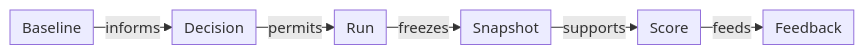
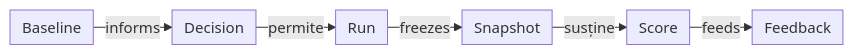
Before and after one commit to crististefanita/atf_j0: the third of 5 diagrams in docs/ATF_AI_Evaluation_Design.md, drawn with Mermaid. The commit also changed other lines of this file and 113 other files, not shown here.

````diff
--- a/docs/ATF_AI_Evaluation_Design.md
+++ b/docs/ATF_AI_Evaluation_Design.md
@@ -1383,9 +1454,9 @@
 ```mermaid
 %%{init: {"themeVariables":{"fontSize":"15px"},"themeCSS":".nodeLabel, .nodeLabel p { font-size: 15px !important; line-height: 1.35 !important; } .edgeLabel, .edgeLabel p { font-size: 12px !important; font-weight: 400 !important; line-height: 1.2 !important; } .edgeLabel .labelBkg, .edgeLabel p { background: transparent !important; } .edgeLabel foreignObject { transform: translateY(-18px); overflow: visible; } .node rect { rx: 6px; ry: 6px; }","flowchart":{"curve":"linear","nodeSpacing":24,"rankSpacing":24,"padding":6,"diagramPadding":20}}}%%
 flowchart LR
     ColdRead["Baseline"] -->|informs| Frontier["Decision"]
-    Frontier -->|permits| Run["Run"]
+    Frontier -->|permite| Run["Run"]
     Run -->|freezes| Freeze["Snapshot"]
-    Freeze -->|supports| Score["Score"]
+    Freeze -->|susține| Score["Score"]
     Score -->|feeds| Learn["Feedback"]
 ```
````
